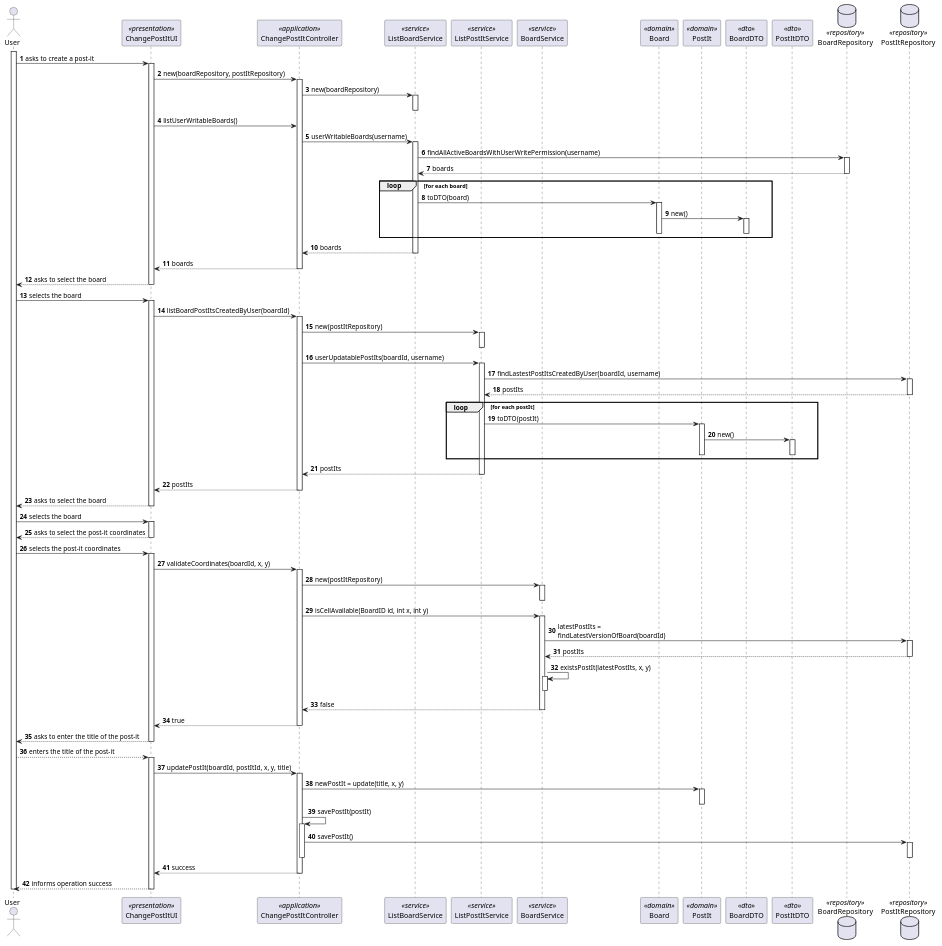
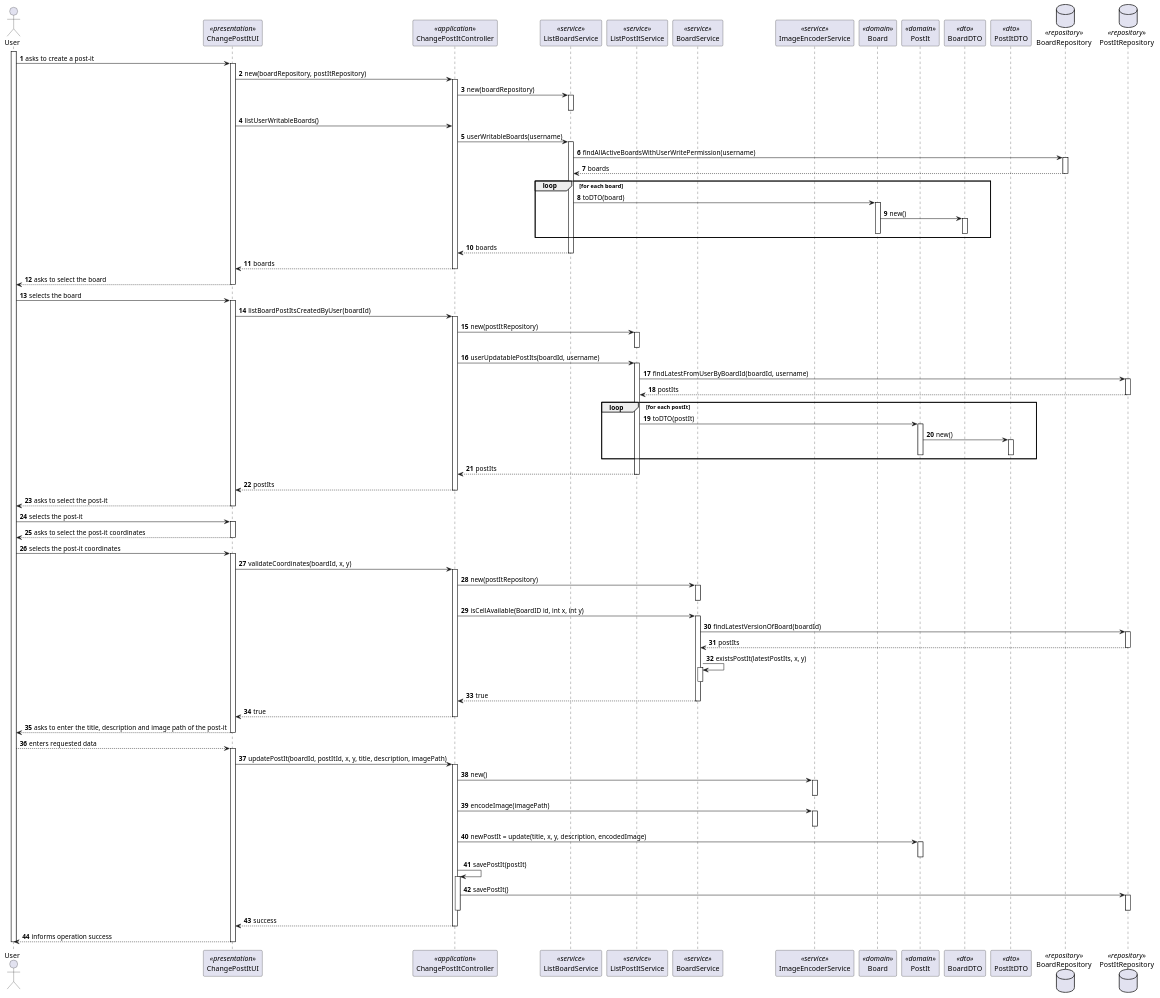
One commit to miseEnPlace-dev/lapr4 changed the diagram in docs/sprint-c/us32-3007/US3007_SD.puml. Above: the diagram before and after it, drawn with PlantUML. The commit also changed 6 other files, not shown here.

Commit message:
docs: updated diagrams (#64)

```diff
--- a/docs/sprint-c/us32-3007/US3007_SD.puml
+++ b/docs/sprint-c/us32-3007/US3007_SD.puml
@@ -1,151 +1,160 @@
 @startuml US3007_SD
 autonumber
 
 actor "User" as M
 participant "ChangePostItUI" as UI <<presentation>>
 participant "ChangePostItController" as CTRL <<application>>
 participant "ListBoardService" as LBSRV <<service>>
 participant "ListPostItService" as LPSRV <<service>>
 participant "BoardService" as BSRV <<service>>
+participant "ImageEncoderService" as IESRV <<service>>
 participant "Board" as B <<domain>>
 participant "PostIt" as P <<domain>>
 participant "BoardDTO" as BDTO <<dto>>
 participant "PostItDTO" as PDTO <<dto>>
 
 database BoardRepository as BREP <<repository>>
 database PostItRepository as PREP <<repository>>
 
 activate M
 
 M -> UI : asks to create a post-it
 activate UI
 
 UI -> CTRL : new(boardRepository, postItRepository)
 activate CTRL
 CTRL -> LBSRV : new(boardRepository)
 activate LBSRV
 deactivate LBSRV
 UI -> CTRL : listUserWritableBoards()
 
 CTRL -> LBSRV : userWritableBoards(username)
 activate LBSRV
 LBSRV -> BREP : findAllActiveBoardsWithUserWritePermission(username)
 activate BREP
 BREP --> LBSRV : boards
 deactivate BREP
 
 loop for each board
   LBSRV -> B : toDTO(board)
   activate B
   B -> BDTO : new()
   activate BDTO
   deactivate BDTO
   deactivate B
 end loop
 
 LBSRV --> CTRL : boards
 deactivate LBSRV
 CTRL --> UI : boards
 deactivate CTRL
 
 UI --> M : asks to select the board
 deactivate UI
 
 M -> UI : selects the board
 activate UI
 
 UI -> CTRL : listBoardPostItsCreatedByUser(boardId)
 activate CTRL
 
 CTRL -> LPSRV : new(postItRepository)
 activate LPSRV
 deactivate LPSRV
 
 CTRL -> LPSRV : userUpdatablePostIts(boardId, username)
 activate LPSRV
-LPSRV -> PREP : findLastestPostItsCreatedByUser(boardId, username)
+LPSRV -> PREP : findLatestFromUserByBoardId(boardId, username)
 activate PREP
 PREP --> LPSRV : postIts
 deactivate PREP
 
 loop for each postIt
   LPSRV -> P : toDTO(postIt)
   activate P
   P -> PDTO : new()
   activate PDTO
   deactivate PDTO
   deactivate P
 end loop
 
 LPSRV --> CTRL : postIts
 deactivate LPSRV
 CTRL --> UI : postIts
 deactivate CTRL
 
-UI --> M : asks to select the board
+UI --> M : asks to select the post-it
 deactivate UI
 
-M -> UI : selects the board
+M -> UI : selects the post-it
 activate UI
 
 
 UI --> M : asks to select the post-it coordinates
 deactivate UI
 
 M -> UI : selects the post-it coordinates
 activate UI
 UI -> CTRL : validateCoordinates(boardId, x, y)
 activate CTRL
 CTRL -> BSRV : new(postItRepository)
 activate BSRV
 deactivate BSRV
 
 CTRL -> BSRV : isCellAvailable(BoardID id, int x, int y)
 activate BSRV
-BSRV -> PREP : latestPostIts = \nfindLatestVersionOfBoard(boardId)
+BSRV -> PREP : findLatestVersionOfBoard(boardId)
 activate PREP
 PREP --> BSRV : postIts
 deactivate PREP
 
 BSRV -> BSRV : existsPostIt(latestPostIts, x, y)
 activate BSRV
 deactivate BSRV
 
-BSRV --> CTRL : false
+BSRV --> CTRL : true
 deactivate BSRV
 CTRL --> UI : true
 deactivate CTRL
 
-UI --> M :  asks to enter the title of the post-it
+UI --> M :  asks to enter the title, description and image path of the post-it
 deactivate UI
 
-M --> UI : enters the title of the post-it
+M --> UI : enters requested data
 activate UI
 
-UI -> CTRL : updatePostIt(boardId, postItId, x, y, title)
+UI -> CTRL : updatePostIt(boardId, postItId, x, y, title, description, imagePath)
 activate CTRL
 
-CTRL -> P : newPostIt = update(title, x, y)
+CTRL -> IESRV : new()
+activate IESRV
+deactivate IESRV
+
+CTRL -> IESRV : encodeImage(imagePath)
+activate IESRV
+deactivate IESRV
+
+CTRL -> P : newPostIt = update(title, x, y, description, encodedImage)
 activate P
 deactivate P
 
 CTRL -> CTRL : savePostIt(postIt)
 activate CTRL
 CTRL -> PREP : savePostIt()
 activate PREP
 deactivate PREP
 deactivate CTRL
 
 
 CTRL --> UI : success
 deactivate CTRL
 
 UI --> M : informs operation success
 deactivate UI
 
 
 
 
 deactivate M
 
 @enduml
```
